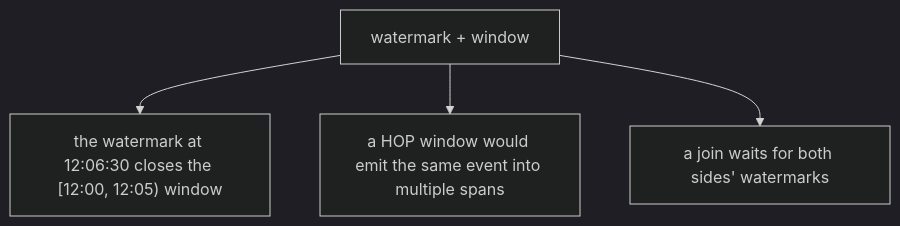
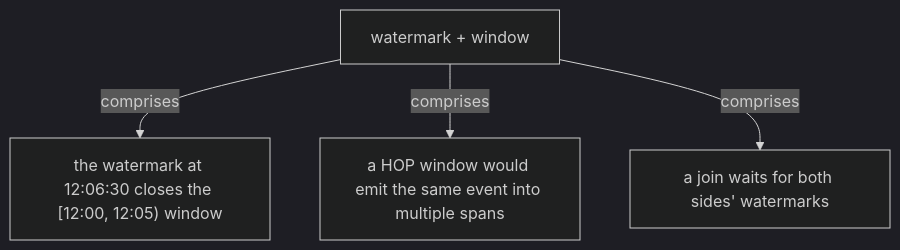
Before and after one commit to vinayakuber/streaming-systems-study-guide: the sixth of 19 diagrams in docs/ch08-streaming-sql.md, drawn with Mermaid (dark theme). The commit also changed other lines of this file and 22 other files, not shown here.

First line of the commit message:
R18: label every diagram arrow with its meaning

````diff
--- a/docs/ch08-streaming-sql.md
+++ b/docs/ch08-streaming-sql.md
@@ -167,7 +167,7 @@
 ```mermaid
 flowchart TD
   R["watermark + window"]
-  R --> P0["the watermark at 12:06:30 closes the [12:00, 12:05) window"]
-  R --> P1["a HOP window would emit the same event into multiple spans"]
-  R --> P2["a join waits for both sides' watermarks"]
+  R -->|"comprises"| P0["the watermark at 12:06:30 closes the [12:00, 12:05) window"]
+  R -->|"comprises"| P1["a HOP window would emit the same event into multiple spans"]
+  R -->|"comprises"| P2["a join waits for both sides' watermarks"]
 ```
````
